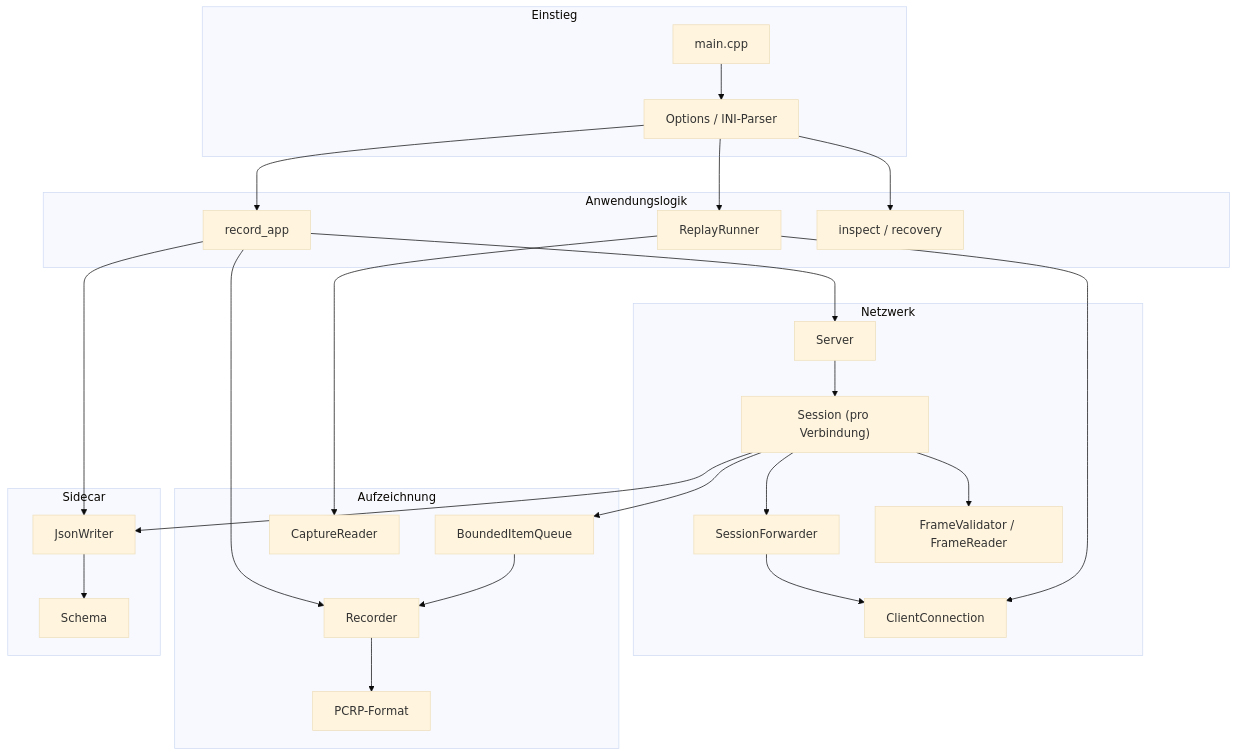
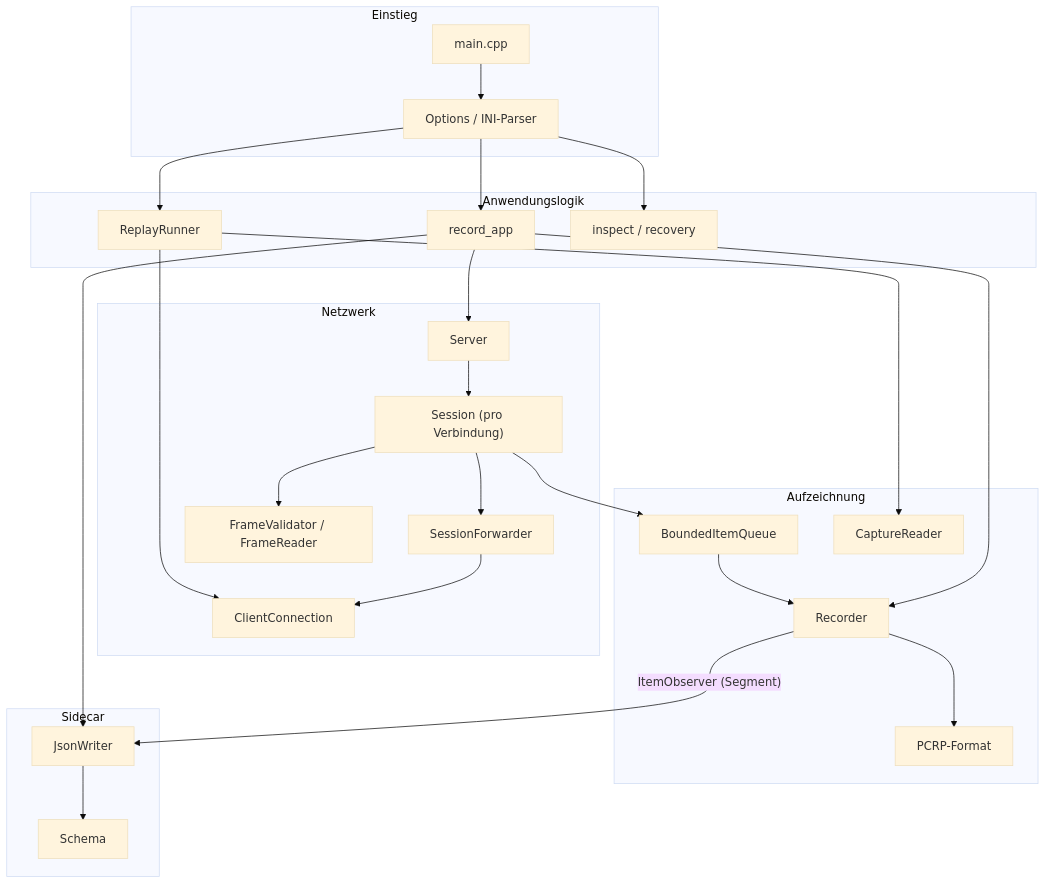
The second of 17 diagrams in doc/software-design.md (chriswit68/protorecprep), drawn with Mermaid (base theme) before and after one commit. The commit also changed other lines of this file and 22 other files, not shown here.

````diff
--- a/doc/software-design.md
+++ b/doc/software-design.md
@@ -213,52 +213,52 @@
 ```mermaid
 flowchart TB
   subgraph entry["Einstieg"]
     MAIN["main.cpp"]
     CLI["Options / INI-Parser"]
   end
 
   subgraph app["Anwendungslogik"]
     RECAPP["record_app"]
     REPLAY["ReplayRunner"]
     INSPECT["inspect / recovery"]
   end
 
   subgraph net["Netzwerk"]
     SERVER["Server"]
     SESSION["Session (pro Verbindung)"]
     FWD["SessionForwarder"]
     CLIENT["ClientConnection"]
     FRAMER["FrameValidator / FrameReader"]
   end
 
   subgraph capture["Aufzeichnung"]
     REC["Recorder"]
     QUEUE["BoundedItemQueue"]
     FORMAT["PCRP-Format"]
     READER["CaptureReader"]
   end
 
   subgraph sidecar["Sidecar"]
     JSON["JsonWriter"]
     SCHEMA["Schema"]
   end
 
   MAIN --> CLI
   CLI --> RECAPP
   CLI --> REPLAY
   CLI --> INSPECT
   RECAPP --> SERVER
   RECAPP --> REC
   RECAPP --> JSON
   SERVER --> SESSION
   SESSION --> FRAMER
   SESSION --> FWD
   SESSION --> QUEUE
   QUEUE --> REC
   REC --> FORMAT
-  SESSION --> JSON
+  REC -->|"ItemObserver (Segment)"| JSON
   JSON --> SCHEMA
   FWD --> CLIENT
   REPLAY --> READER
   REPLAY --> CLIENT
 ```
````
